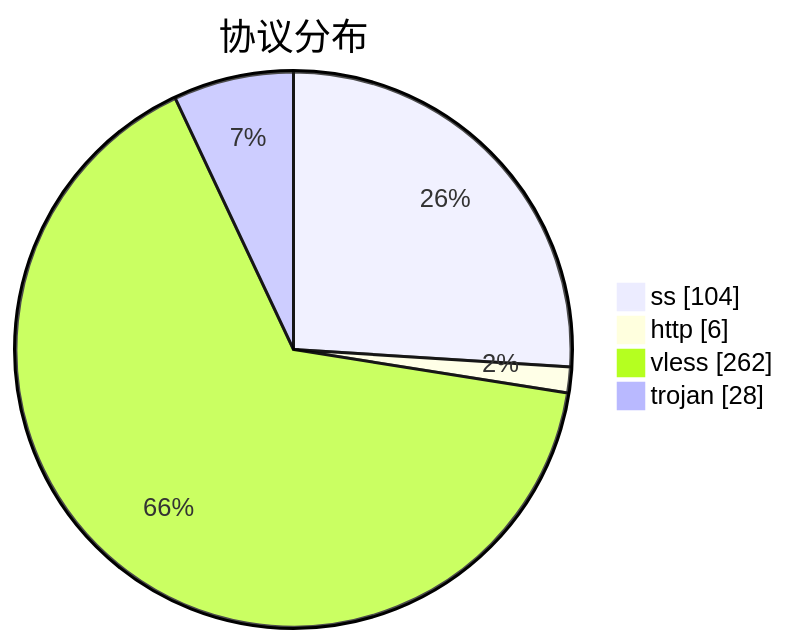
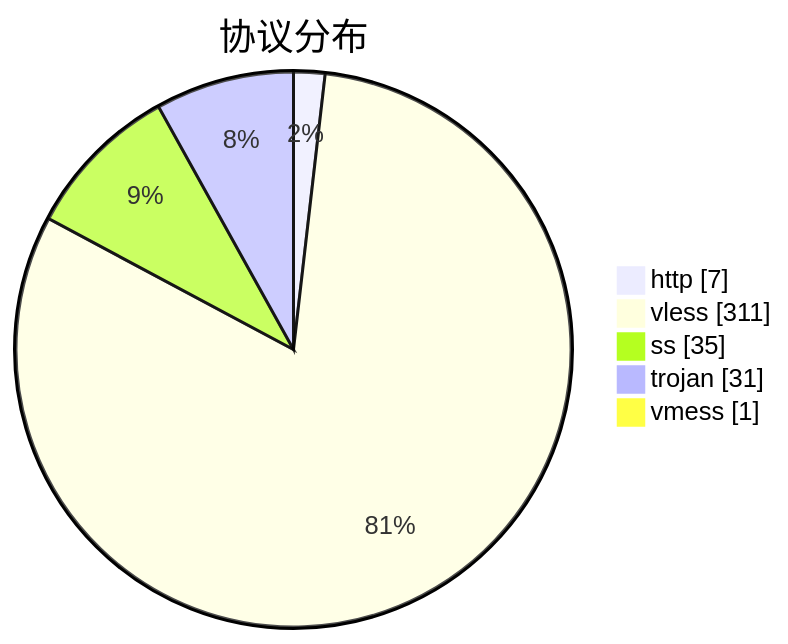
The third of 3 diagrams in subs/statistics/tested_within.md (qjlxg/airport), drawn with Mermaid before and after one commit. The commit also changed other lines of this file and 2 other files, not shown here.

````diff
--- a/subs/statistics/tested_within.md
+++ b/subs/statistics/tested_within.md
@@ -34,8 +29,9 @@
 ```mermaid
 pie showData
 title 协议分布
-"ss" : 104
-"http" : 6
-"vless" : 262
-"trojan" : 28
+"http" : 7
+"vless" : 311
+"ss" : 35
+"trojan" : 31
+"vmess" : 1
 ```
````
